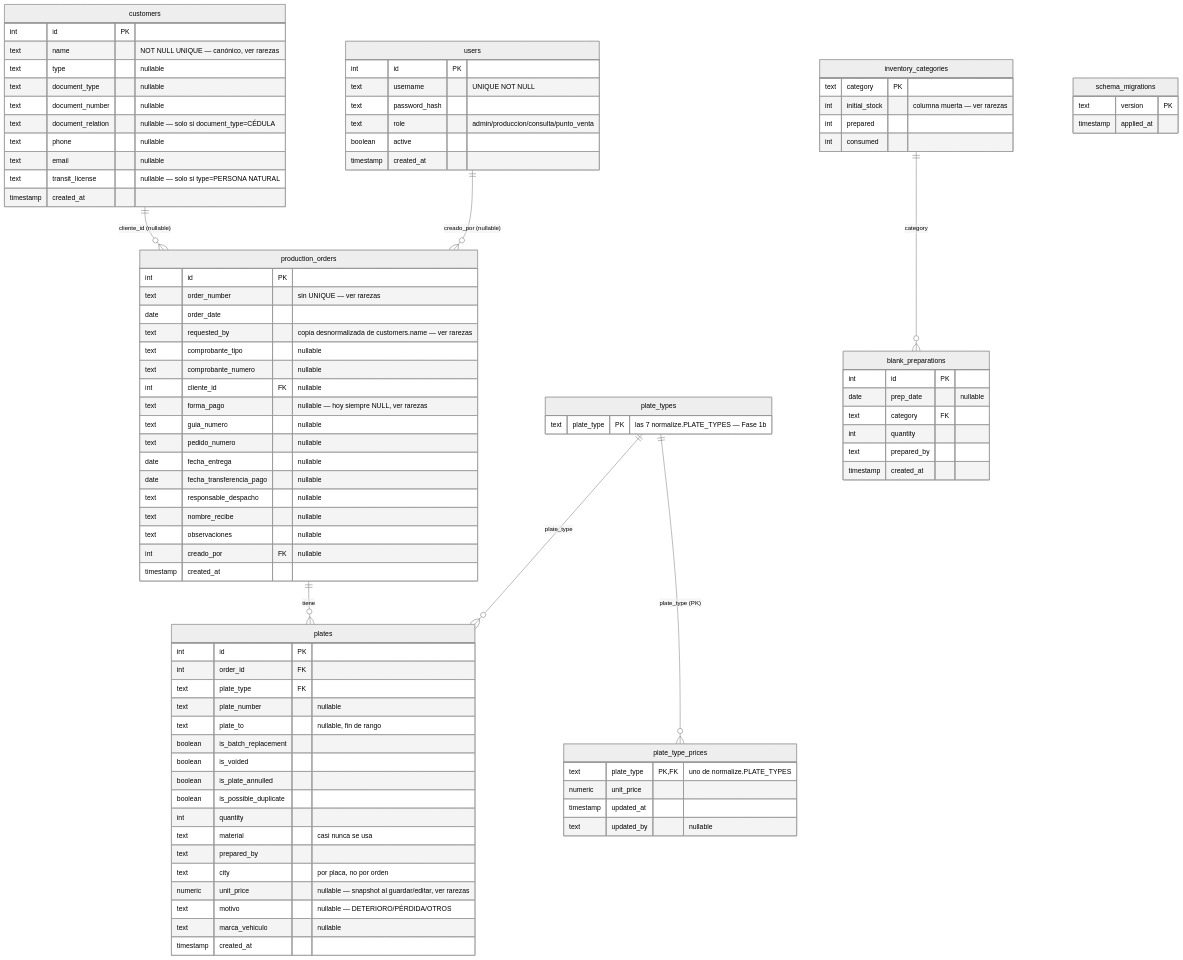
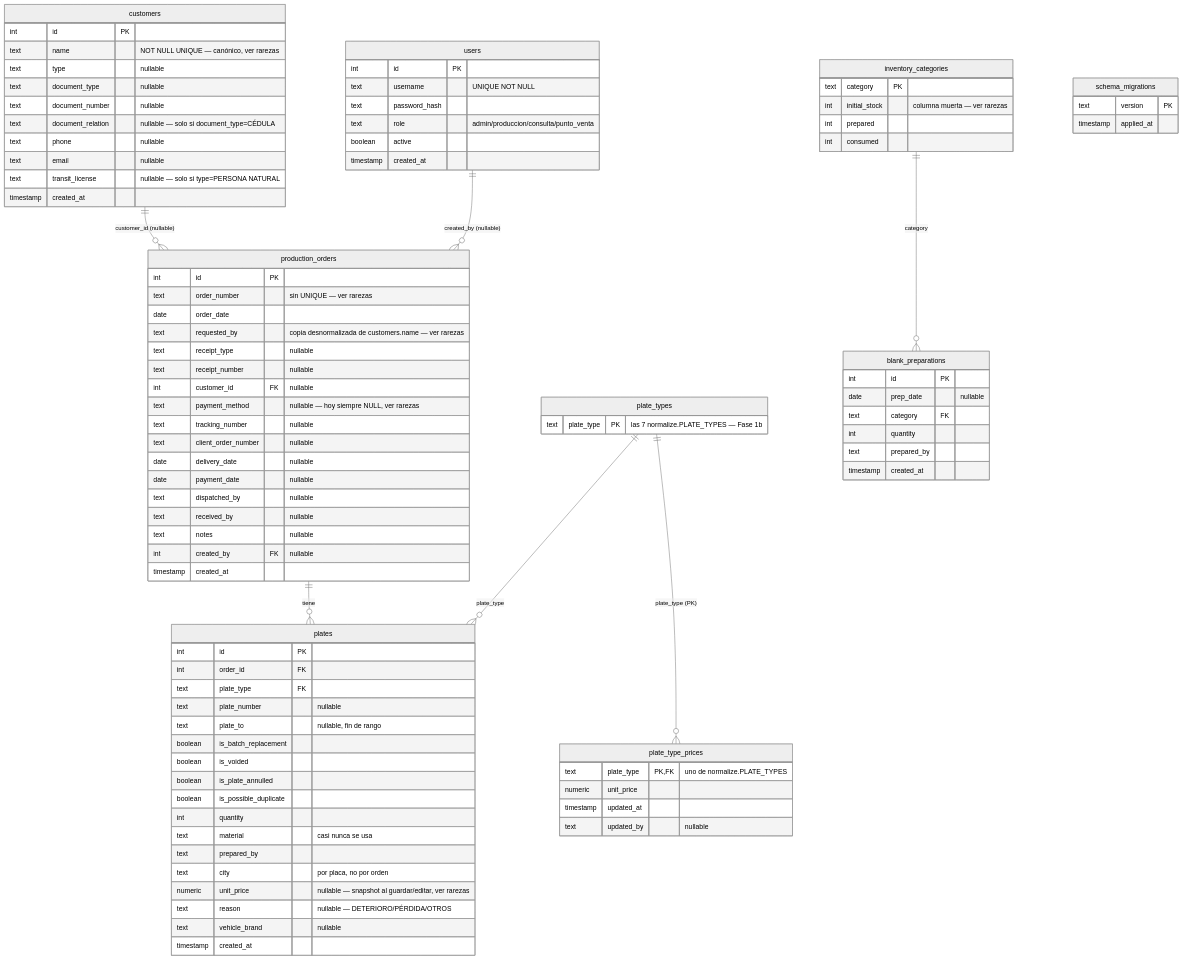
One commit to nickkmm/plates changed the diagram in docs/DATABASE.md. Above: the diagram before and after it, drawn with Mermaid (neutral theme). The commit also changed other lines of this file and 5 other files, not shown here.

````diff
--- a/docs/DATABASE.md
+++ b/docs/DATABASE.md
@@ -46,8 +51,8 @@
 ```mermaid
 erDiagram
     production_orders ||--o{ plates : "tiene"
-    customers ||--o{ production_orders : "cliente_id (nullable)"
-    users ||--o{ production_orders : "creado_por (nullable)"
+    customers ||--o{ production_orders : "customer_id (nullable)"
+    users ||--o{ production_orders : "created_by (nullable)"
     plate_types ||--o{ plates : "plate_type"
     plate_types ||--o{ plate_type_prices : "plate_type (PK)"
     inventory_categories ||--o{ blank_preparations : "category"
@@ -57,18 +62,18 @@
         text order_number "sin UNIQUE — ver rarezas"
         date order_date
         text requested_by "copia desnormalizada de customers.name — ver rarezas"
-        text comprobante_tipo "nullable"
-        text comprobante_numero "nullable"
-        int cliente_id FK "nullable"
-        text forma_pago "nullable — hoy siempre NULL, ver rarezas"
-        text guia_numero "nullable"
-        text pedido_numero "nullable"
-        date fecha_entrega "nullable"
-        date fecha_transferencia_pago "nullable"
-        text responsable_despacho "nullable"
-        text nombre_recibe "nullable"
-        text observaciones "nullable"
-        int creado_por FK "nullable"
+        text receipt_type "nullable"
+        text receipt_number "nullable"
+        int customer_id FK "nullable"
+        text payment_method "nullable — hoy siempre NULL, ver rarezas"
+        text tracking_number "nullable"
+        text client_order_number "nullable"
+        date delivery_date "nullable"
+        date payment_date "nullable"
+        text dispatched_by "nullable"
+        text received_by "nullable"
+        text notes "nullable"
+        int created_by FK "nullable"
         timestamp created_at
     }
     plates {
@@ -86,8 +91,8 @@
         text prepared_by
         text city "por placa, no por orden"
         numeric unit_price "nullable — snapshot al guardar/editar, ver rarezas"
-        text motivo "nullable — DETERIORO/PÉRDIDA/OTROS"
-        text marca_vehiculo "nullable"
+        text reason "nullable — DETERIORO/PÉRDIDA/OTROS"
+        text vehicle_brand "nullable"
         timestamp created_at
     }
     customers {
````
